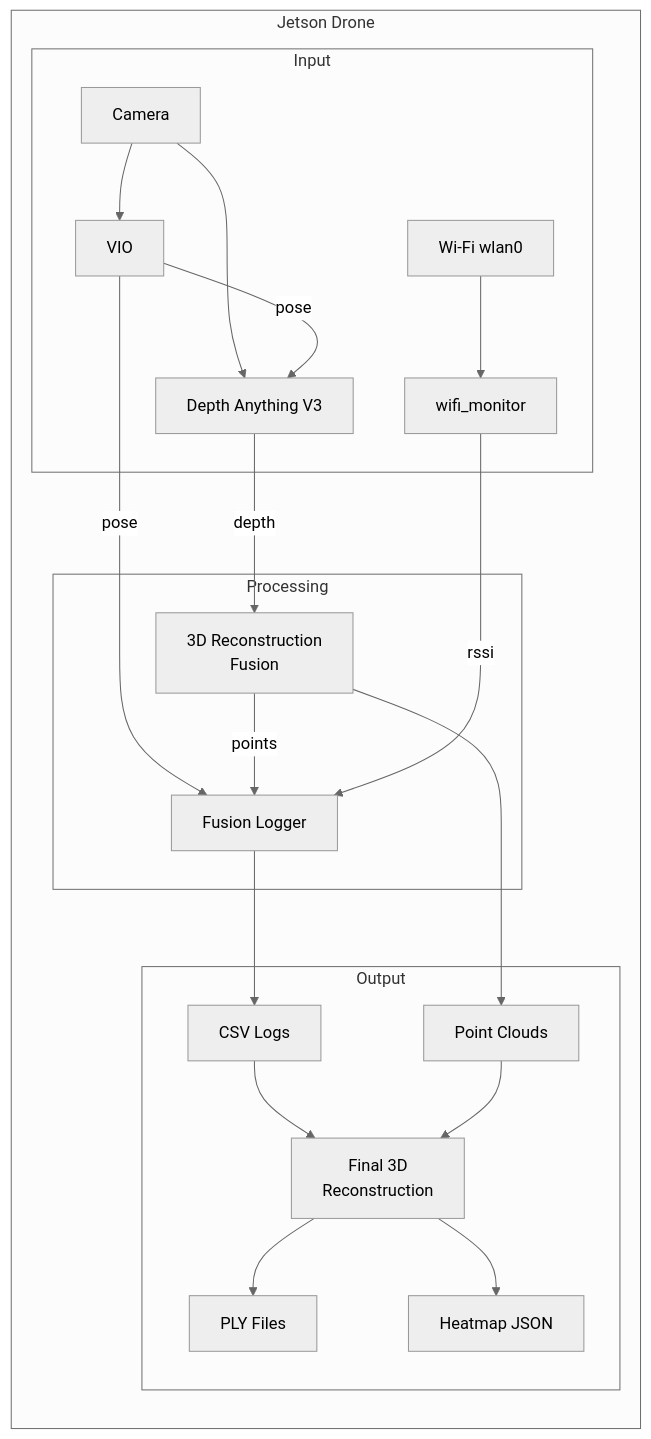
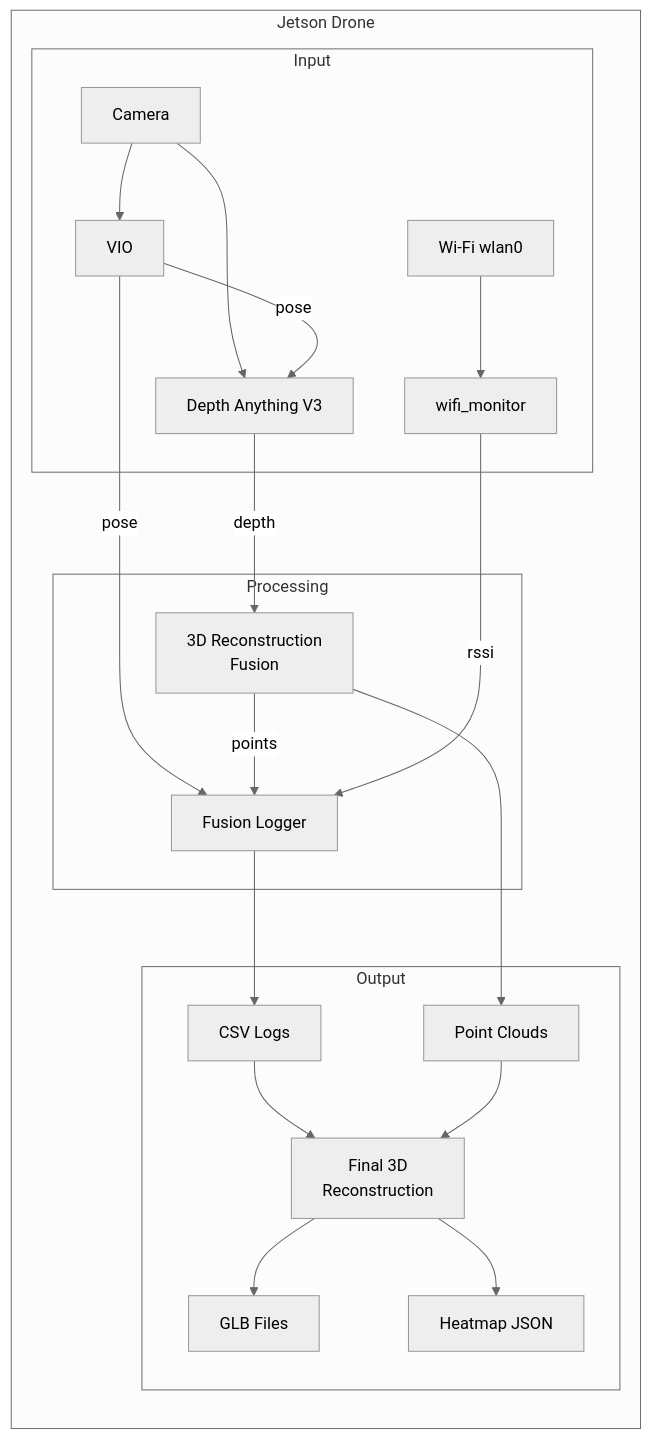
One commit to Shluo03/AirSniff changed the second of 6 diagrams in README.md. Above: the diagram before and after it, drawn with Mermaid (neutral theme).

````diff
--- a/README.md
+++ b/README.md
@@ -42,27 +42,27 @@
 ```mermaid
 graph LR
     subgraph Jetson Drone
         subgraph Input
             A[Camera] --> B[VIO]
             A --> C[Depth Anything V3]
             D[Wi-Fi wlan0] --> E[wifi_monitor]
         end
         
         subgraph Processing
             B -->|pose| C
             B -->|pose| F[Fusion Logger]
             C -->|depth| G[3D Reconstruction<br/>Fusion]
             G -->|points| F
             E -->|rssi| F
         end
         
         subgraph Output
             F --> H[CSV Logs]
             G --> I[Point Clouds]
             H --> J[Final 3D<br/>Reconstruction]
             I --> J
-            J --> K[PLY Files]
+            J --> K[GLB Files]
             J --> L[Heatmap JSON]
         end
     end
 ```
````
